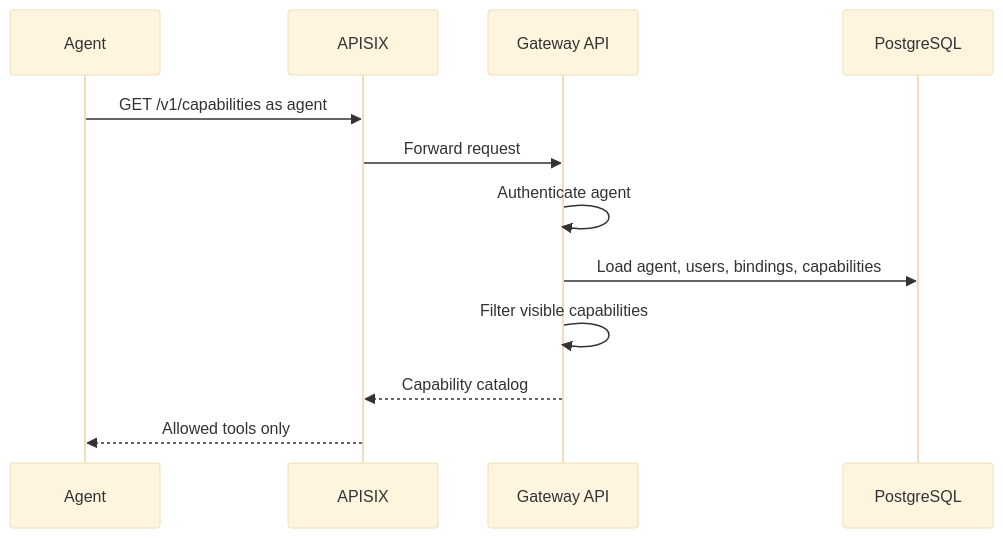
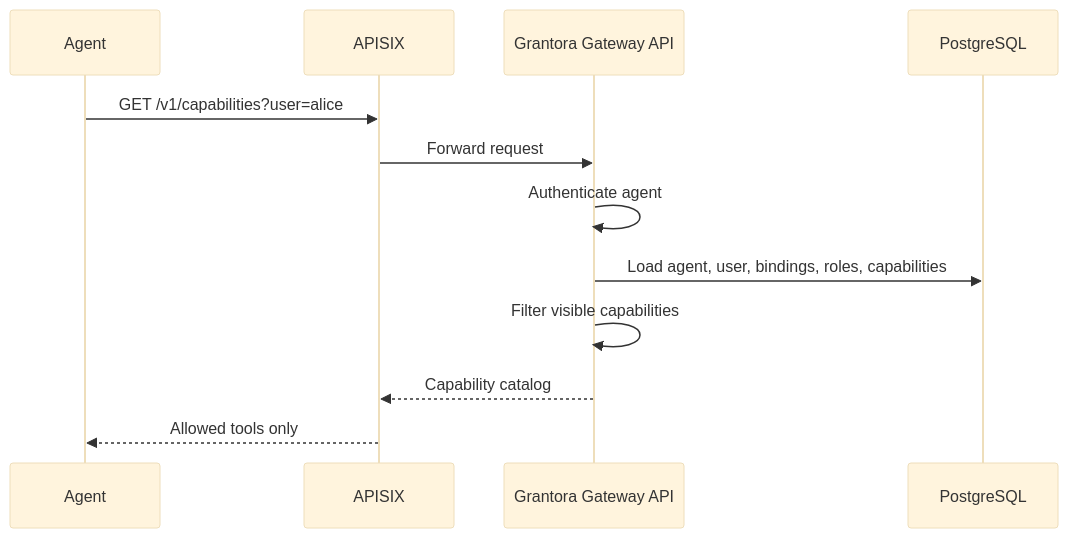
The first of 2 diagrams in PROJECT.md (Stell0/grantora), drawn with Mermaid (base theme) before and after one commit. The commit also changed other lines of this file, not shown here.

````diff
--- a/PROJECT.md
+++ b/PROJECT.md
@@ -506,15 +247,15 @@
 ```mermaid
 sequenceDiagram
     participant A as Agent
     participant X as APISIX
-    participant G as Gateway API
+    participant G as Grantora Gateway API
     participant DB as PostgreSQL
 
-    A->>X: GET /v1/capabilities as agent
+    A->>X: GET /v1/capabilities?user=alice
     X->>G: Forward request
     G->>G: Authenticate agent
-    G->>DB: Load agent, users, bindings, capabilities
+    G->>DB: Load agent, user, bindings, roles, capabilities
     G->>G: Filter visible capabilities
     G-->>X: Capability catalog
     X-->>A: Allowed tools only
 ```
````
